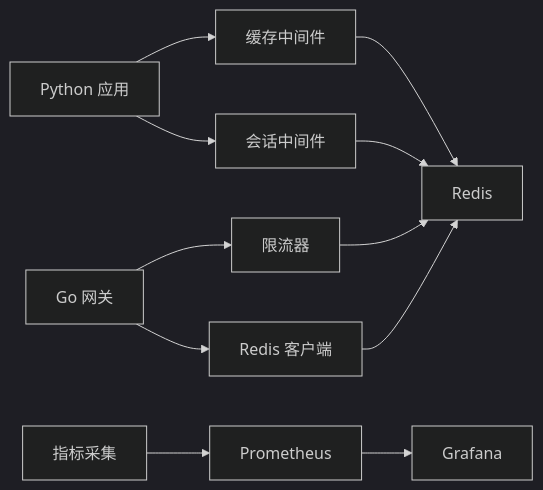
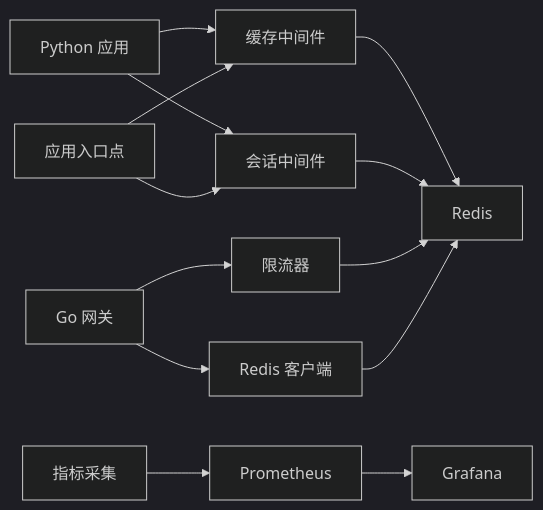
Before and after one commit to zmdhdu/NexusCockpit: the sixth of 6 diagrams in .qoder/repowiki/zh/content/架构设计/数据架构设计/缓存层设计.md, drawn with Mermaid (dark theme). The commit also changed other lines of this file and 16 other files, not shown here.

````diff
--- a/.qoder/repowiki/zh/content/架构设计/数据架构设计/缓存层设计.md
+++ b/.qoder/repowiki/zh/content/架构设计/数据架构设计/缓存层设计.md
@@ -265,13 +296,15 @@
 ```mermaid
 graph LR
 App["Python 应用"] --> CacheMW["缓存中间件"]
 App --> SessionMW["会话中间件"]
 CacheMW --> Redis["Redis"]
 SessionMW --> Redis
 Gateway["Go 网关"] --> RL["限流器"]
 Gateway --> RC["Redis 客户端"]
 RL --> Redis
 RC --> Redis
 Metrics["指标采集"] --> Prometheus["Prometheus"]
 Prometheus --> Grafana["Grafana"]
+Main["应用入口点"] --> CacheMW
+Main --> SessionMW
 ```
````
